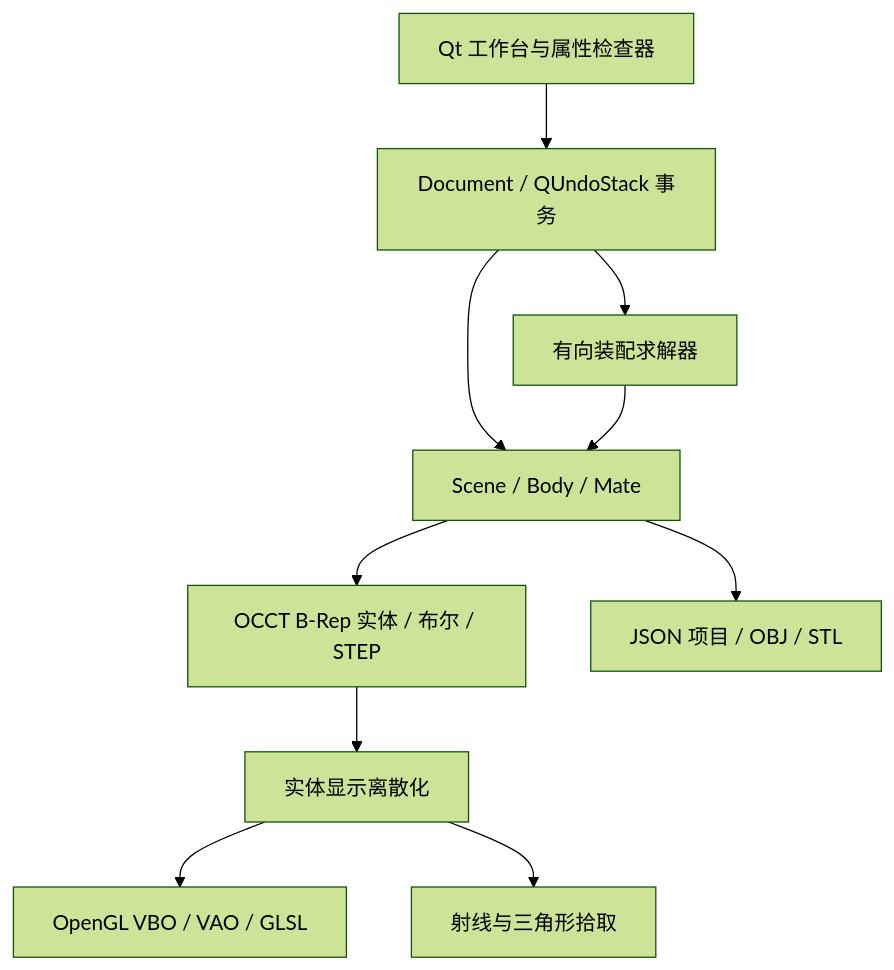
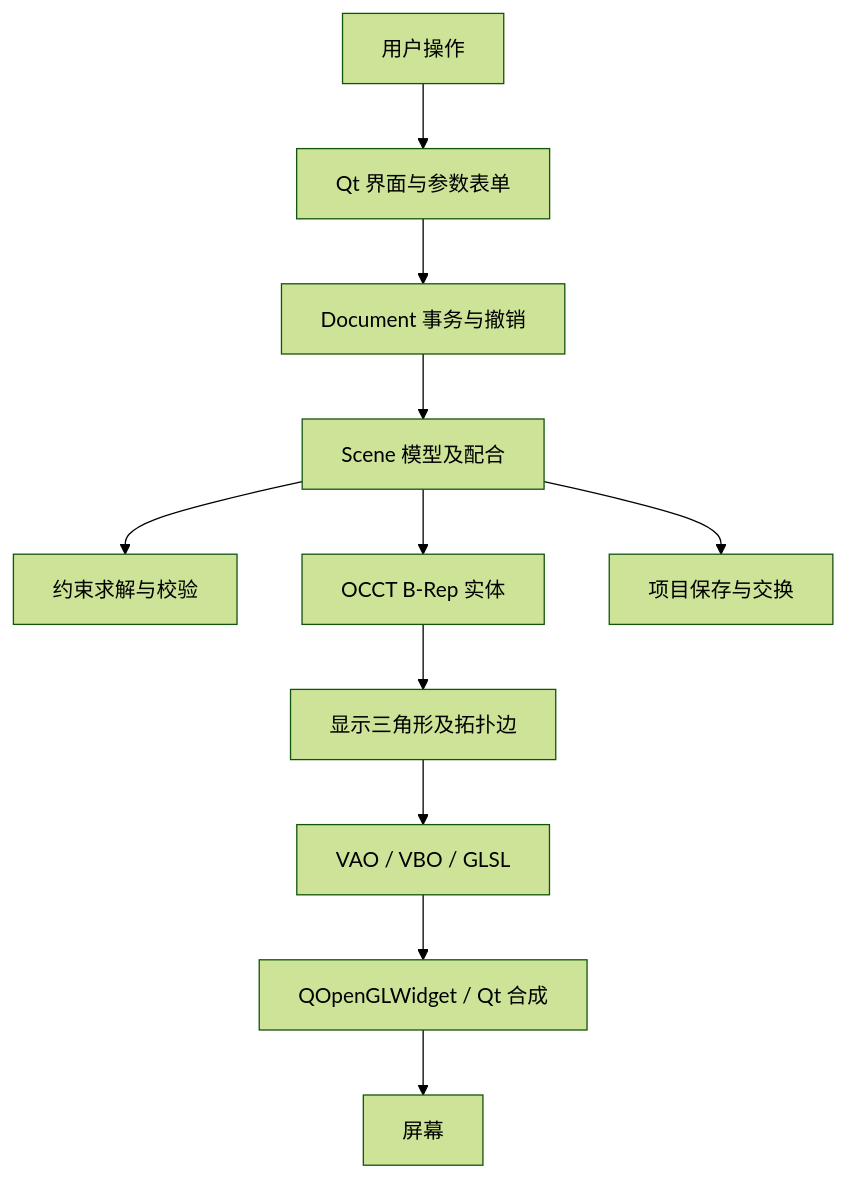
Before and after one commit to 13536309143/AxisForge-CAD: the diagram in README.md, drawn with Mermaid (forest theme). The commit also changed other lines of this file and 16 other files, not shown here.

````diff
--- a/README.md
+++ b/README.md
@@ -150,12 +94,13 @@
 ```mermaid
-flowchart TB
-  UI[Qt 工作台与属性检查器] --> DOC[Document / QUndoStack 事务]
-  DOC --> SCENE[Scene / Body / Mate]
-  DOC --> SOLVE[有向装配求解器]
-  SOLVE --> SCENE
-  SCENE --> KERNEL[OCCT B-Rep 实体 / 布尔 / STEP]
-  KERNEL --> GEO[实体显示离散化]
-  GEO --> GL[OpenGL VBO / VAO / GLSL]
-  GEO --> PICK[射线与三角形拾取]
-  SCENE --> IO[JSON 项目 / OBJ / STL]
+flowchart TD
+  U[用户操作] --> Qt[Qt 界面与参数表单]
+  Qt --> D[Document 事务与撤销]
+  D --> S[Scene 模型及配合]
+  S --> C[约束求解与校验]
+  S --> OCC[OCCT B-Rep 实体]
+  OCC --> M[显示三角形及拓扑边]
+  M --> GL[VAO / VBO / GLSL]
+  GL --> W[QOpenGLWidget / Qt 合成]
+  W --> Screen[屏幕]
+  S --> IO[项目保存与交换]
 ```
````
